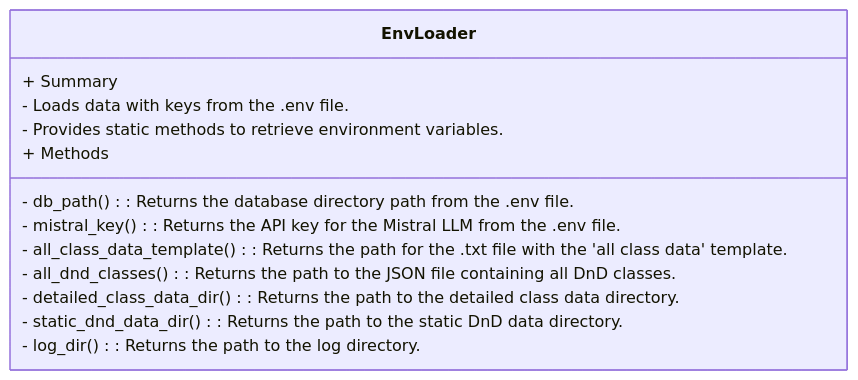
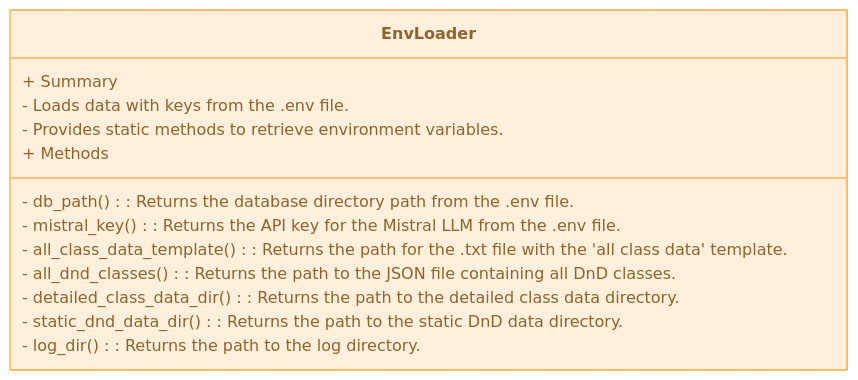
The sixth of 8 diagrams in README.md (Felipe1114/DnD_Characterbuilder-with-AI-integration), drawn with Mermaid before and after one commit.

Commit message:
readme mit mermaid charts ausgestattet

````diff
--- a/README.md
+++ b/README.md
@@ -747,21 +747,24 @@
 ```mermaid
 classDiagram
 direction TB
 
     class EnvLoader {
 	    + Summary
 	    - Loads data with keys from the .env file.
 	    - Provides static methods to retrieve environment variables.
 	    + Methods
 	    - db_path() : Returns the database directory path from the .env file.
 	    - mistral_key() : Returns the API key for the Mistral LLM from the .env file.
 	    - all_class_data_template() : Returns the path for the .txt file with the 'all class data' template.
 	    - all_dnd_classes() : Returns the path to the JSON file containing all DnD classes.
 	    - detailed_class_data_dir() : Returns the path to the detailed class data directory.
 	    - static_dnd_data_dir() : Returns the path to the static DnD data directory.
 	    - log_dir() : Returns the path to the log directory.
     }
 
 	class EnvLoader:::Peach
+   
+    classDef Peach :,stroke-width:1px, stroke-dasharray:none, stroke:#FBB35A, fill:#FFEFDB, color:#8F632D
+
 
 ```
````
